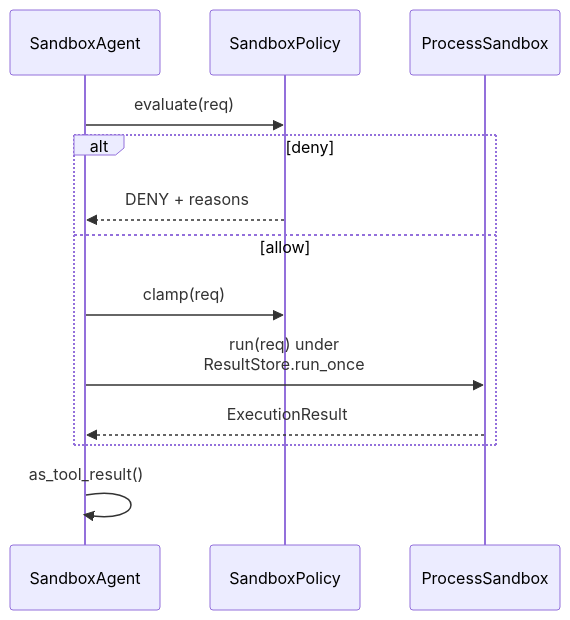
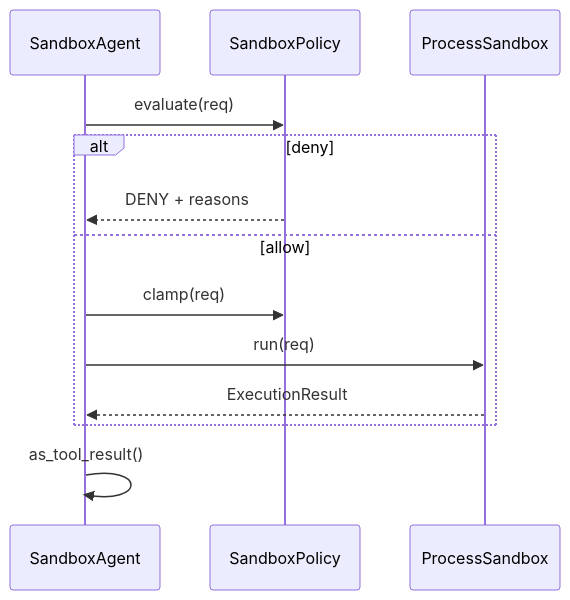
The fourth of 5 diagrams in 07-application-agent-framework/sandboxed-execution/PRIMER.md (aniryou/full-stack-agentic-engineer), drawn with Mermaid before and after one commit. The commit also changed other lines of this file and 211 other files, not shown here.

````diff
--- a/07-application-agent-framework/sandboxed-execution/PRIMER.md
+++ b/07-application-agent-framework/sandboxed-execution/PRIMER.md
@@ -261,15 +274,15 @@
 ```mermaid
 sequenceDiagram
     participant A as SandboxAgent
     participant P as SandboxPolicy
     participant S as ProcessSandbox
     A->>P: evaluate(req)
     alt deny
         P-->>A: DENY + reasons
     else allow
         A->>P: clamp(req)
-        A->>S: run(req) under<br/>ResultStore.run_once
+        A->>S: run(req)
         S-->>A: ExecutionResult
     end
     A->>A: as_tool_result()
 ```
````
